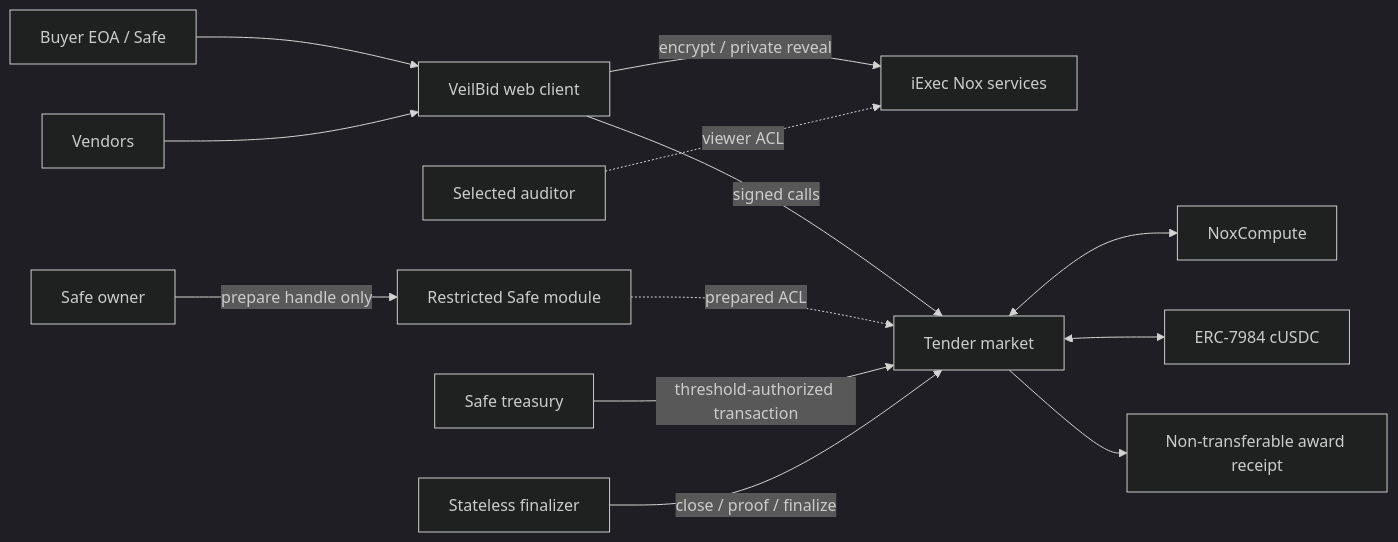
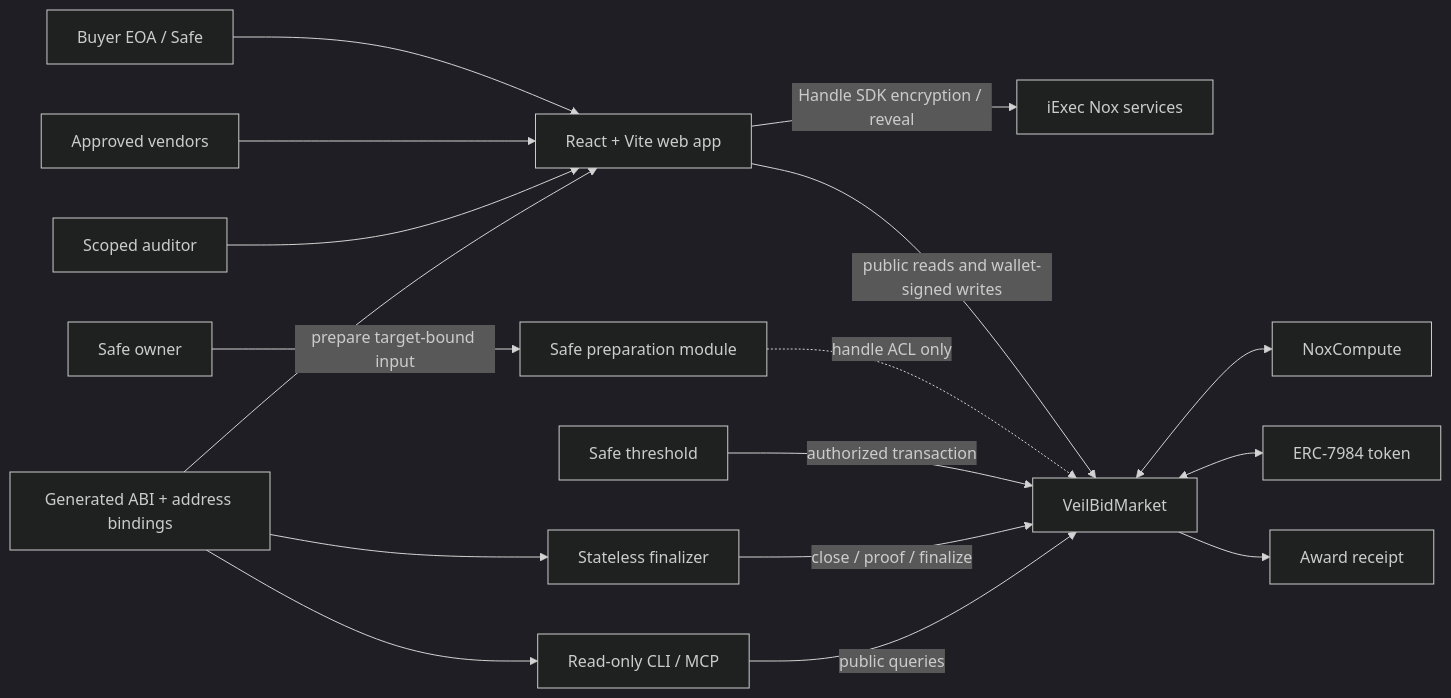
The second of 2 diagrams in README.md (huutrungle2001/Veilbid), drawn with Mermaid (dark theme) before and after one commit. The commit also changed other lines of this file, not shown here.

````diff
--- a/README.md
+++ b/README.md
@@ -61,15 +161,23 @@
 ```mermaid
 flowchart LR
-    Buyer["Buyer EOA / Safe"] --> Web["VeilBid web client"]
-    Vendor["Vendors"] --> Web
-    Web -->|encrypt / private reveal| Gateway["iExec Nox services"]
-    Web -->|signed calls| Market["Tender market"]
-    SafeOwner["Safe owner"] -->|prepare handle only| Module["Restricted Safe module"]
-    Module -.->|prepared ACL| Market
-    Safe["Safe treasury"] -->|threshold-authorized transaction| Market
+    Buyer["Buyer EOA / Safe"] --> Web["React + Vite web app"]
+    Vendor["Approved vendors"] --> Web
+    Auditor["Scoped auditor"] --> Web
+
+    Web -->|Handle SDK encryption / reveal| Nox["iExec Nox services"]
+    Web -->|public reads and wallet-signed writes| Market["VeilBidMarket"]
+
+    SafeOwner["Safe owner"] -->|prepare target-bound input| Module["Safe preparation module"]
+    Module -.->|handle ACL only| Market
+    Safe["Safe threshold"] -->|authorized transaction| Market
+
     Market <--> Compute["NoxCompute"]
-    Market <--> Token["ERC-7984 cUSDC"]
-    Finalizer["Stateless finalizer"] -->|close / proof / finalize| Market
-    Market --> Receipt["Non-transferable award receipt"]
-    Auditor["Selected auditor"] -.->|viewer ACL| Gateway
+    Market <--> Token["ERC-7984 token"]
+    Market --> Receipt["Award receipt"]
+
+    Relay["Stateless finalizer"] -->|close / proof / finalize| Market
+    Console["Read-only CLI / MCP"] -->|public queries| Market
+    Bindings["Generated ABI + address bindings"] --> Web
+    Bindings --> Relay
+    Bindings --> Console
 ```
````
